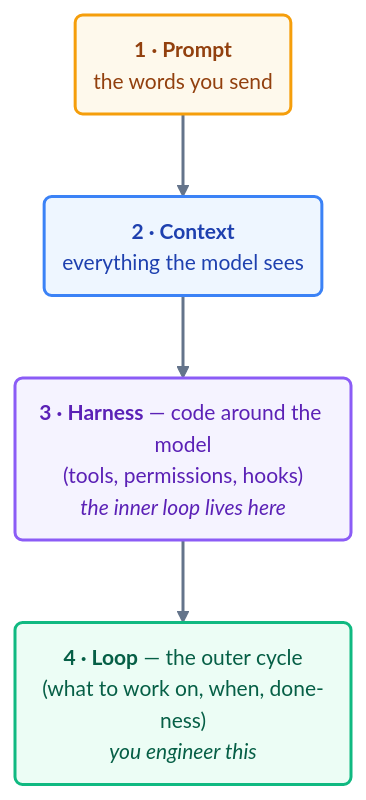
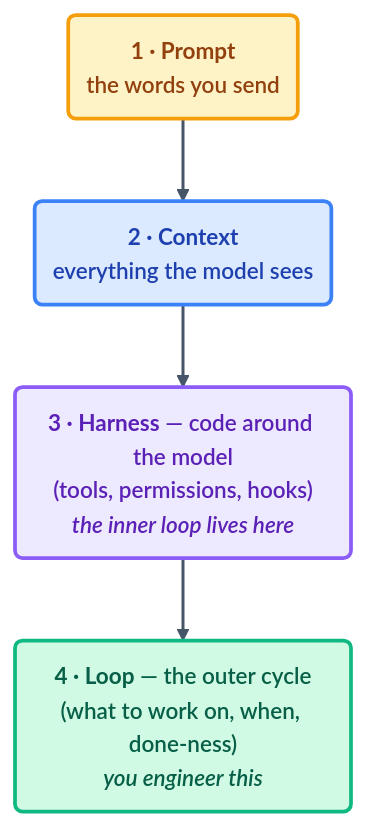
Before and after one commit to ayeshakhalid192007-dev/LoopEngineering-CrashCourse: the diagram in docs/02-foundations/concepts.md, drawn with Mermaid. The commit also changed 66 other files, not shown here.

First line of the commit message:
docs(diagrams): visibly bolder pass — deeper fills, heavier strokes, semibold labels

````diff
--- a/docs/02-foundations/concepts.md
+++ b/docs/02-foundations/concepts.md
@@ -39,12 +39,12 @@
 ```mermaid
-%%{init: {'theme':'base','themeVariables':{'fontFamily':'ui-sans-serif, system-ui, sans-serif','fontSize':'14px','lineColor':'#64748b','edgeLabelBackground':'#f8fafc'},'flowchart':{'curve':'basis','nodeSpacing':50,'rankSpacing':55,'padding':12}}}%%
+%%{init: {'theme':'base','themeVariables':{'fontFamily':'ui-sans-serif, system-ui, sans-serif','fontSize':'15px','lineColor':'#475569','edgeLabelBackground':'#f8fafc'},'flowchart':{'curve':'basis','nodeSpacing':50,'rankSpacing':55,'padding':12}}}%%
 flowchart TD
     P("<b>1 · Prompt</b><br/>the words you send"):::l1 --> C("<b>2 · Context</b><br/>everything the model sees"):::l2
     C --> H("<b>3 · Harness</b> — code around the model<br/>(tools, permissions, hooks)<br/><i>the inner loop lives here</i>"):::l3
     H --> L("<b>4 · Loop</b> — the outer cycle<br/>(what to work on, when, done-ness)<br/><i>you engineer this</i>"):::l4
-    linkStyle default stroke:#64748b,stroke-width:2px;
-    classDef l1 fill:#fef9ec,stroke:#f59e0b,stroke-width:2px,color:#92400e;
-    classDef l2 fill:#eef6ff,stroke:#3b82f6,stroke-width:2px,color:#1e40af;
-    classDef l3 fill:#f5f3ff,stroke:#8b5cf6,stroke-width:2px,color:#5b21b6;
-    classDef l4 fill:#ecfdf5,stroke:#10b981,stroke-width:2px,color:#065f46;
+    linkStyle default stroke:#475569,stroke-width:2px;
+    classDef l1 fill:#fef3c7,stroke:#f59e0b,stroke-width:2.5px,color:#92400e,font-weight:600;
+    classDef l2 fill:#dbeafe,stroke:#3b82f6,stroke-width:2.5px,color:#1e40af,font-weight:600;
+    classDef l3 fill:#ede9fe,stroke:#8b5cf6,stroke-width:2.5px,color:#5b21b6,font-weight:600;
+    classDef l4 fill:#d1fae5,stroke:#10b981,stroke-width:2.5px,color:#065f46,font-weight:600;
 ```
````
